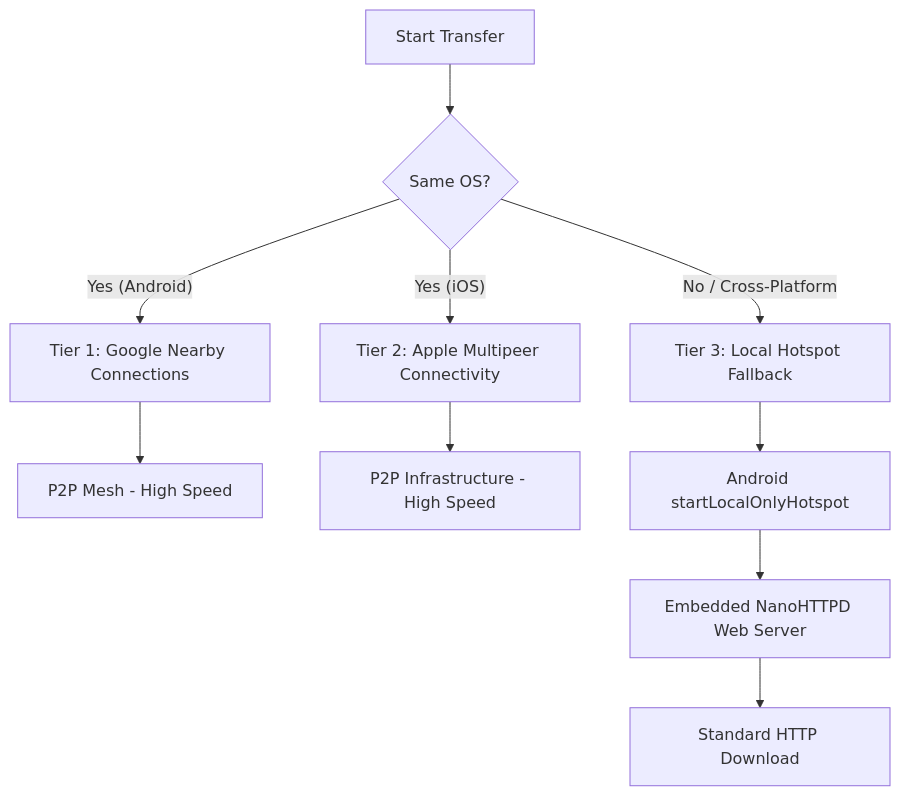
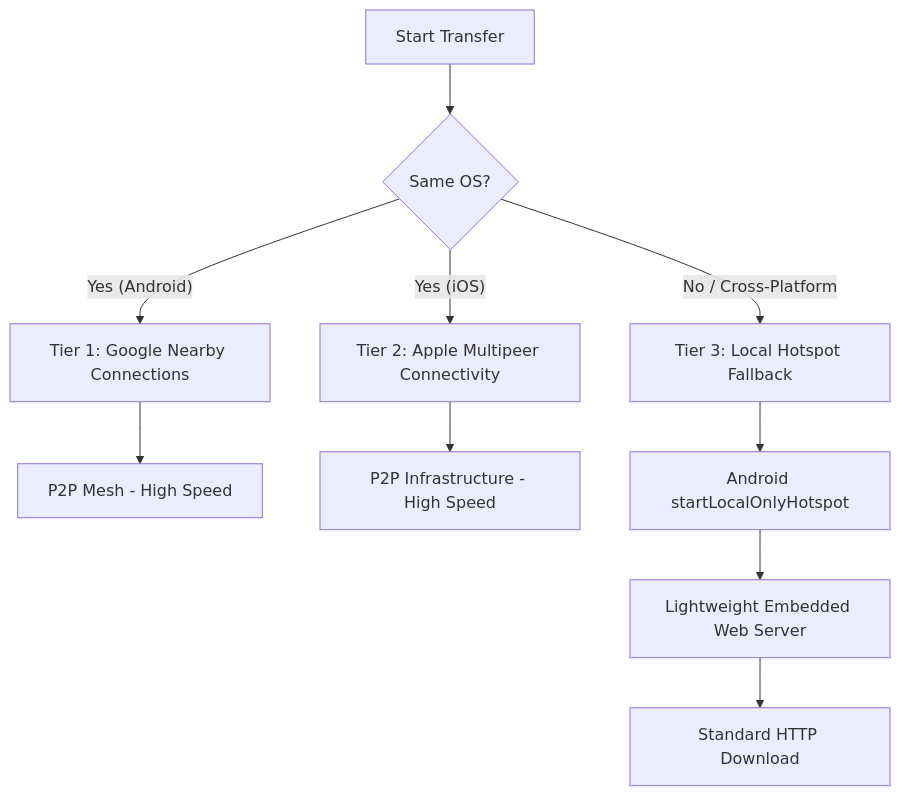
One commit to e-picsa/capacitor-offline-transfer changed the diagram in README.md. Above: the diagram before and after it, drawn with Mermaid. The commit also changed other lines of this file and 3 other files, not shown here.

````diff
--- a/README.md
+++ b/README.md
@@ -9,13 +9,13 @@
 ```mermaid
 graph TD
     A[Start Transfer] --> B{Same OS?}
     B -- Yes (Android) --> C[Tier 1: Google Nearby Connections]
     B -- Yes (iOS) --> D[Tier 2: Apple Multipeer Connectivity]
     B -- No / Cross-Platform --> E[Tier 3: Local Hotspot Fallback]
 
     C --> F[P2P Mesh - High Speed]
     D --> G[P2P Infrastructure - High Speed]
     E --> H[Android startLocalOnlyHotspot]
-    H --> I[Embedded NanoHTTPD Web Server]
+    H --> I[Lightweight Embedded Web Server]
     I --> J[Standard HTTP Download]
 ```
````
